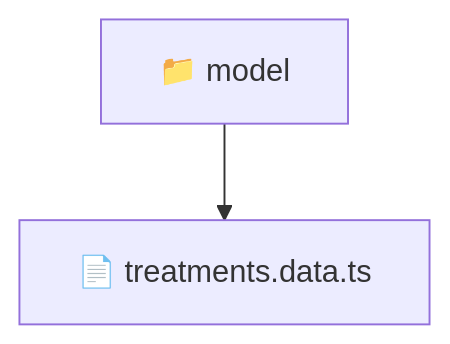
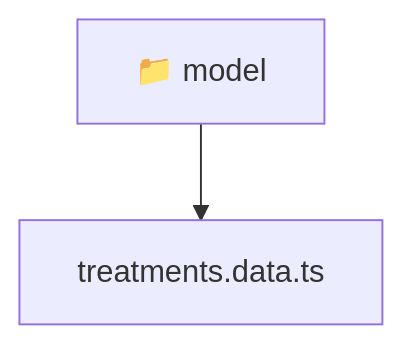
The diagram in frontend/src/features/treatments/model/README.md (beginwebdev2002/fullstack-mavluda), drawn with Mermaid before and after one commit. The commit also changed other lines of this file and 167 other files, not shown here.

````diff
--- a/frontend/src/features/treatments/model/README.md
+++ b/frontend/src/features/treatments/model/README.md
@@ -11,5 +11,6 @@
 ```mermaid
 graph TD
-  Root["📁 model"]
-  Root --> treatments_data_ts["📄 treatments.data.ts"]
+  Root_model["📁 model"]
+  f_treatments_data_ts["treatments.data.ts"]
+  Root_model --> f_treatments_data_ts
 ```
````
